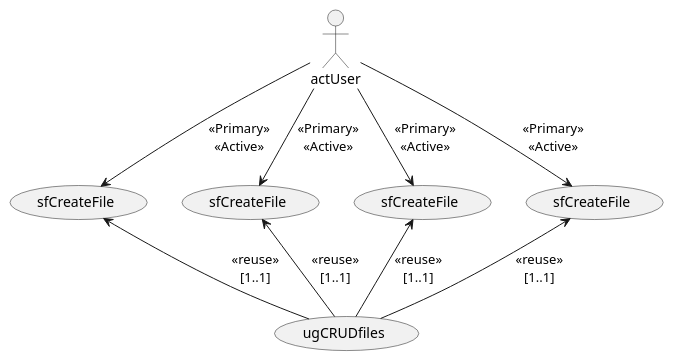
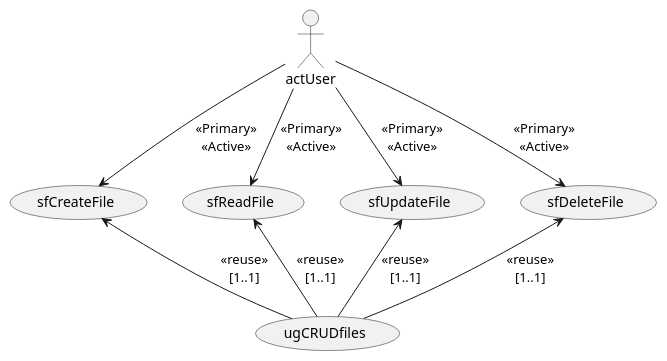
One commit to charelF/SE1 changed the diagram in usecasemodel2.puml. Above: the diagram before and after it, drawn with PlantUML.

```diff
--- a/usecasemodel2.puml
+++ b/usecasemodel2.puml
@@ -1,21 +1,21 @@
 @startuml
 usecase ugCRUDfiles as UC2
 
 usecase sfCreateFile as UC41
-usecase sfCreateFile as UC42
-usecase sfCreateFile as UC43
-usecase sfCreateFile as UC44
+usecase sfReadFile as UC42
+usecase sfUpdateFile as UC43
+usecase sfDeleteFile as UC44
 
 actor actUser as A3
 
 
 A3 --> UC41 : <<Primary>>\n<<Active>>
 A3 --> UC42 : <<Primary>>\n<<Active>>
 A3 --> UC43 : <<Primary>>\n<<Active>>
 A3 --> UC44 : <<Primary>>\n<<Active>>
 
 UC41 <-- UC2 : <<reuse>>\n[1..1]
 UC42 <--  UC2 : <<reuse>>\n[1..1]
 UC43 <--  UC2 : <<reuse>>\n[1..1]
 UC44 <--  UC2 : <<reuse>>\n[1..1]
 @enduml
```
